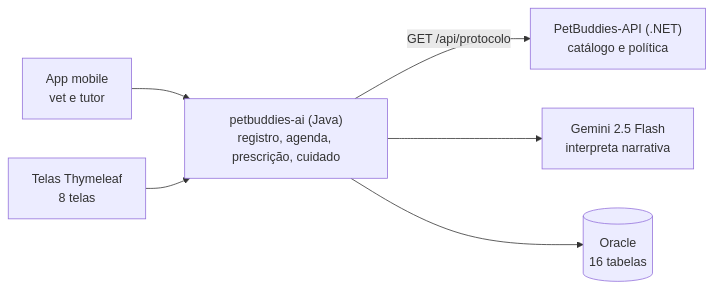
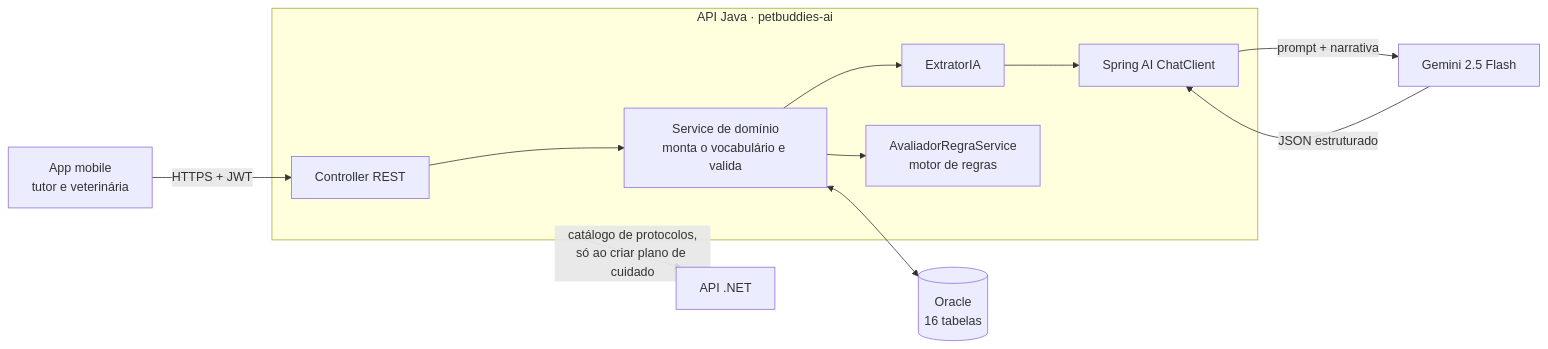
One commit to 3BugBuddies/PetBuddies-AI changed the first of 2 diagrams in README.md. Above: the diagram before and after it, drawn with Mermaid. The commit also changed other lines of this file, not shown here.

First line of the commit message:
docs: README da entrega de IA (Disruptive Architectures)

````diff
--- a/README.md
+++ b/README.md
@@ -295,9 +99,14 @@
 ```mermaid
 flowchart LR
-    App["App mobile<br/>vet e tutor"] --> Java
-    Web["Telas Thymeleaf<br/>8 telas"] --> Java
-    Java["petbuddies-ai (Java)<br/>registro, agenda, prescrição, cuidado"]
-    Java -->|"GET /api/protocolo"| Net["PetBuddies-API (.NET)<br/>catálogo e política"]
-    Java --> Gemini["Gemini 2.5 Flash<br/>interpreta narrativa"]
-    Java --> Oracle[("Oracle<br/>16 tabelas")]
+    App["App mobile<br/>tutor e veterinária"] -->|"HTTPS + JWT"| Ctrl
+    subgraph Java["API Java · petbuddies-ai"]
+        Ctrl["Controller REST"] --> Svc["Service de domínio<br/>monta o vocabulário e valida"]
+        Svc --> Ext["ExtratorIA"]
+        Ext --> CC["Spring AI ChatClient"]
+        Svc --> Motor["AvaliadorRegraService<br/>motor de regras"]
+    end
+    CC -->|"prompt + narrativa"| Gemini["Gemini 2.5 Flash"]
+    Gemini -->|"JSON estruturado"| CC
+    Svc <--> Oracle[("Oracle<br/>16 tabelas")]
+    Java -.->|"catálogo de protocolos,<br/>só ao criar plano de cuidado"| Net["API .NET"]
 ```
````
